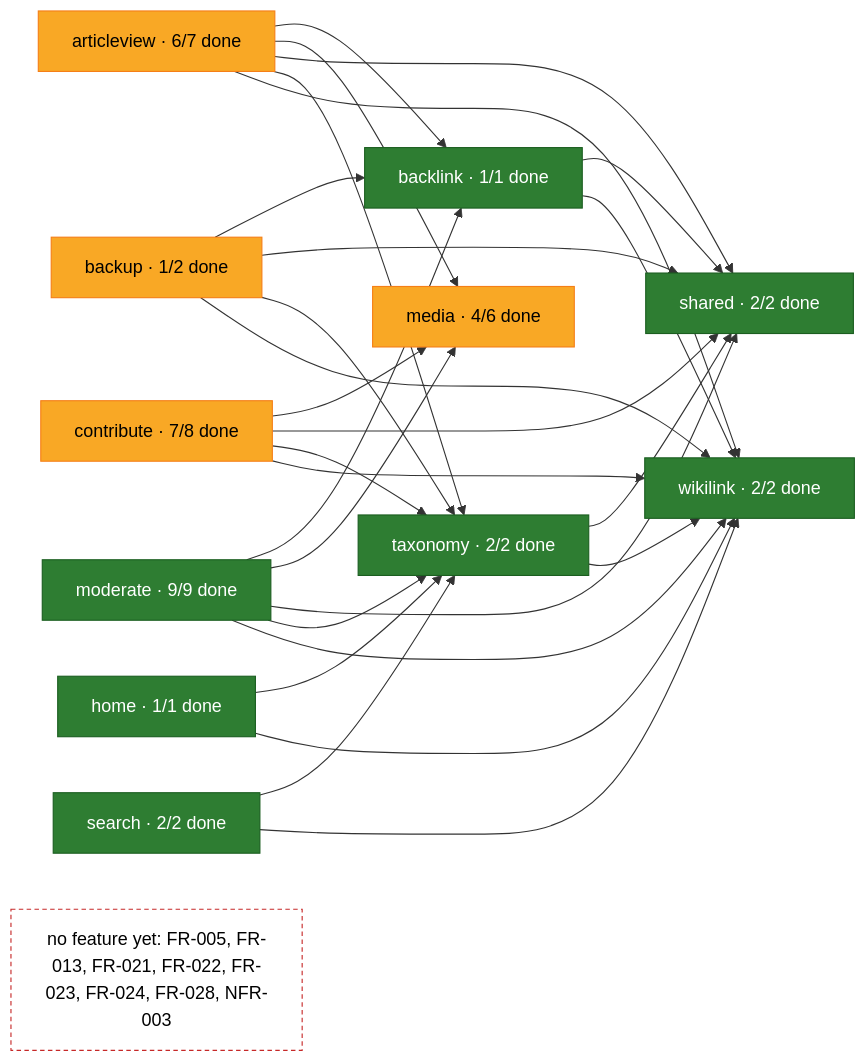
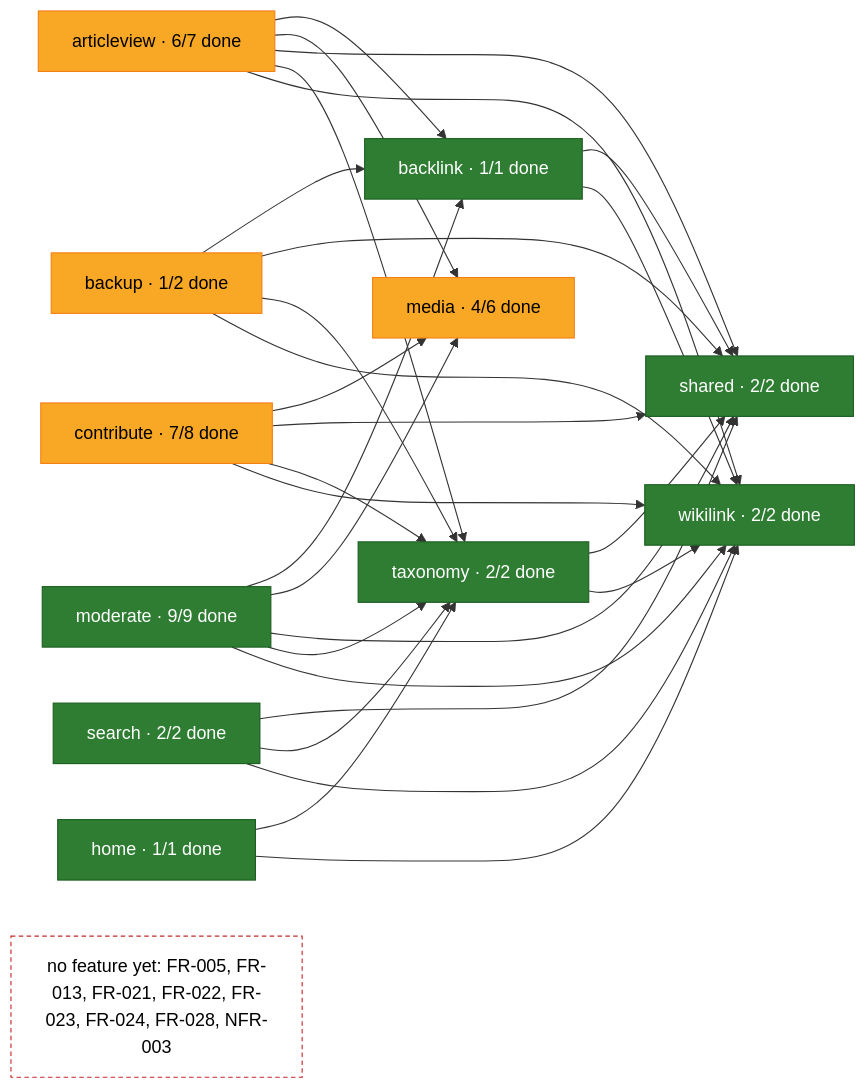
The second of 2 diagrams in docs/gap-list.md (rikire/Exchange-Student-Guide-Platform), drawn with Mermaid before and after one commit. The commit also changed 6 other files, not shown here.

````diff
--- a/docs/gap-list.md
+++ b/docs/gap-list.md
@@ -24,45 +24,46 @@
 ```mermaid
 flowchart LR
     articleview["articleview · 6/7 done"]:::partial
     backlink["backlink · 1/1 done"]:::done
     backup["backup · 1/2 done"]:::partial
     contribute["contribute · 7/8 done"]:::partial
     home["home · 1/1 done"]:::done
     media["media · 4/6 done"]:::partial
     moderate["moderate · 9/9 done"]:::done
     search["search · 2/2 done"]:::done
     shared["shared · 2/2 done"]:::done
     taxonomy["taxonomy · 2/2 done"]:::done
     wikilink["wikilink · 2/2 done"]:::done
     unmapped["no feature yet: FR-005, FR-013, FR-021, FR-022, FR-023, FR-024, FR-028, NFR-003"]:::unmapped
     articleview --> backlink
     articleview --> media
     articleview --> shared
     articleview --> taxonomy
     articleview --> wikilink
     backlink --> shared
     backlink --> wikilink
     backup --> backlink
     backup --> shared
     backup --> taxonomy
     backup --> wikilink
     contribute --> media
     contribute --> shared
     contribute --> taxonomy
     contribute --> wikilink
     home --> taxonomy
     home --> wikilink
     moderate --> backlink
     moderate --> media
     moderate --> shared
     moderate --> taxonomy
     moderate --> wikilink
+    search --> shared
     search --> taxonomy
     search --> wikilink
     taxonomy --> shared
     taxonomy --> wikilink
     classDef done fill:#2e7d32,stroke:#1b5e20,color:#ffffff
     classDef partial fill:#f9a825,stroke:#f57f17,color:#000000
     classDef none fill:#e0e0e0,stroke:#9e9e9e,color:#000000
     classDef unmapped fill:#ffffff,stroke:#c62828,stroke-dasharray:4 3,color:#000000
 ```
````
